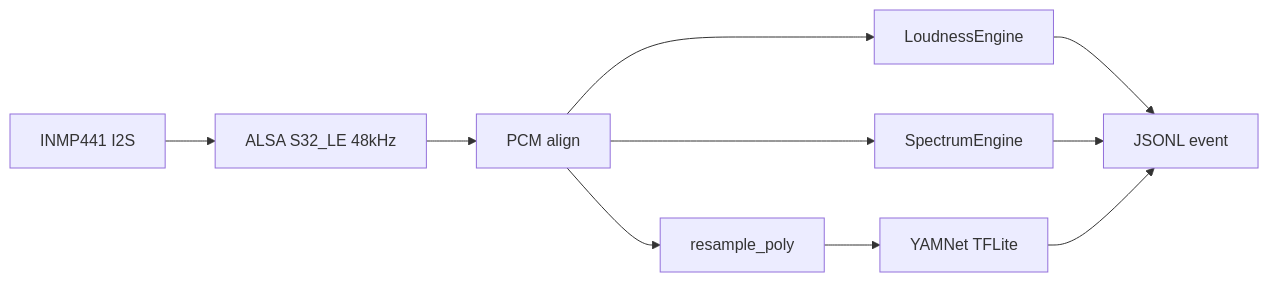
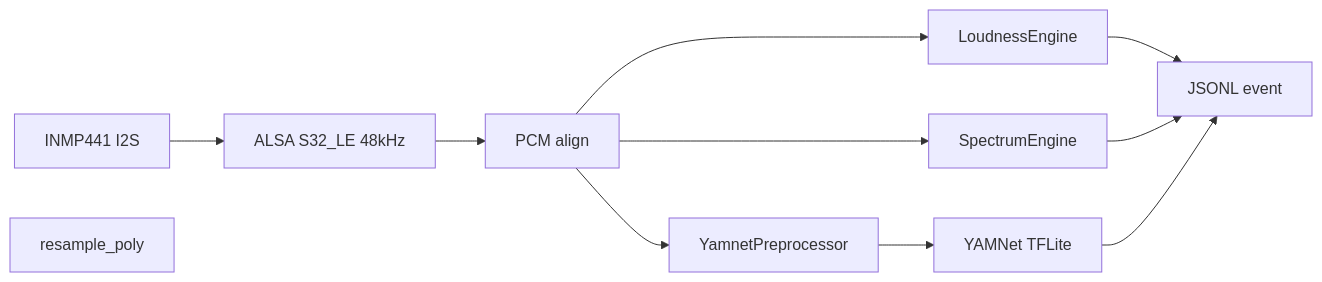
One commit to mattszaszko/urban-sound-collector changed the diagram in README.md. Above: the diagram before and after it, drawn with Mermaid. The commit also changed other lines of this file and 9 other files, not shown here.

````diff
--- a/README.md
+++ b/README.md
@@ -60,19 +60,20 @@
 ```mermaid
 flowchart LR
     mic[INMP441 I2S]
     alsa[ALSA S32_LE 48kHz]
     pcm[PCM align]
     loud[LoudnessEngine]
     spec[SpectrumEngine]
     res[resample_poly]
     yam[YAMNet TFLite]
     json[JSONL event]
 
     mic --> alsa --> pcm
     pcm --> loud
     pcm --> spec
-    pcm --> res --> yam
+    pcm --> yprep[YamnetPreprocessor]
+    yprep --> yam
     loud --> json
     spec --> json
     yam --> json
 ```
````
